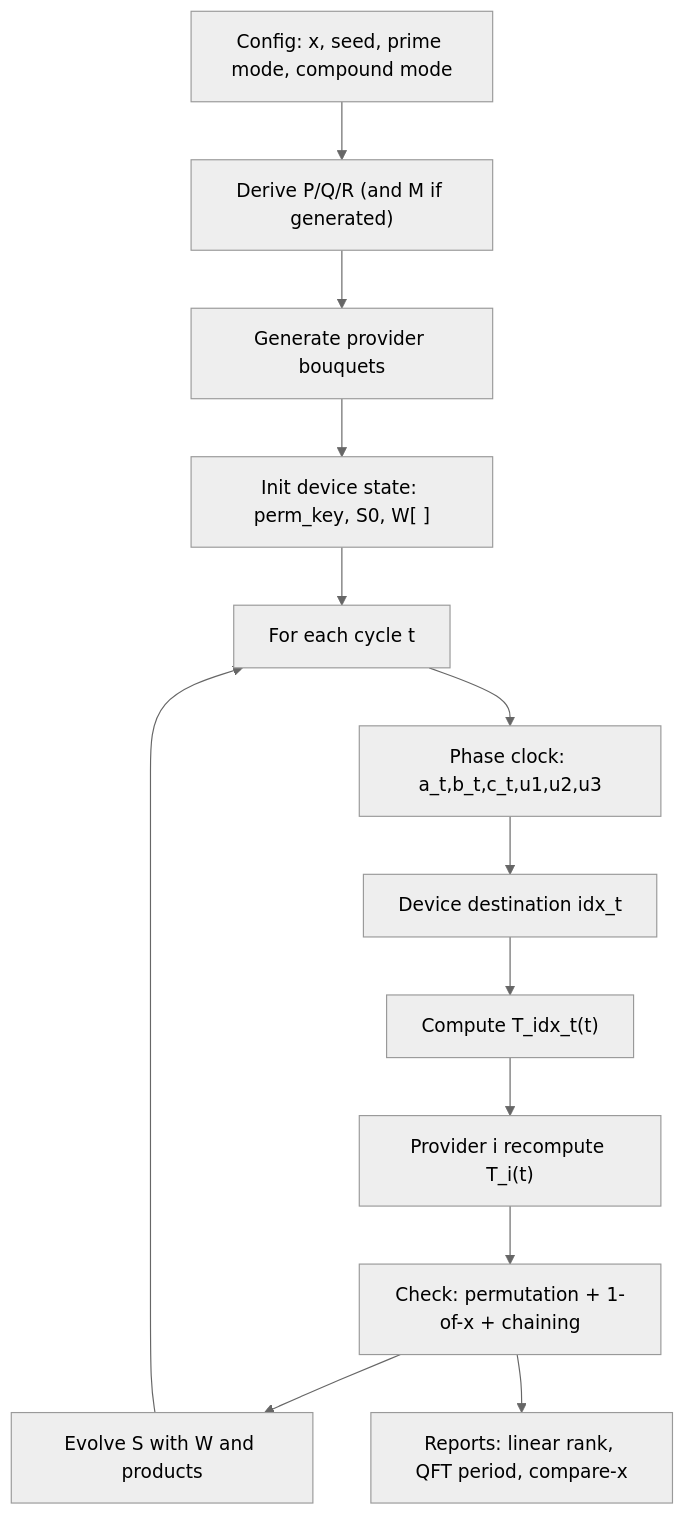
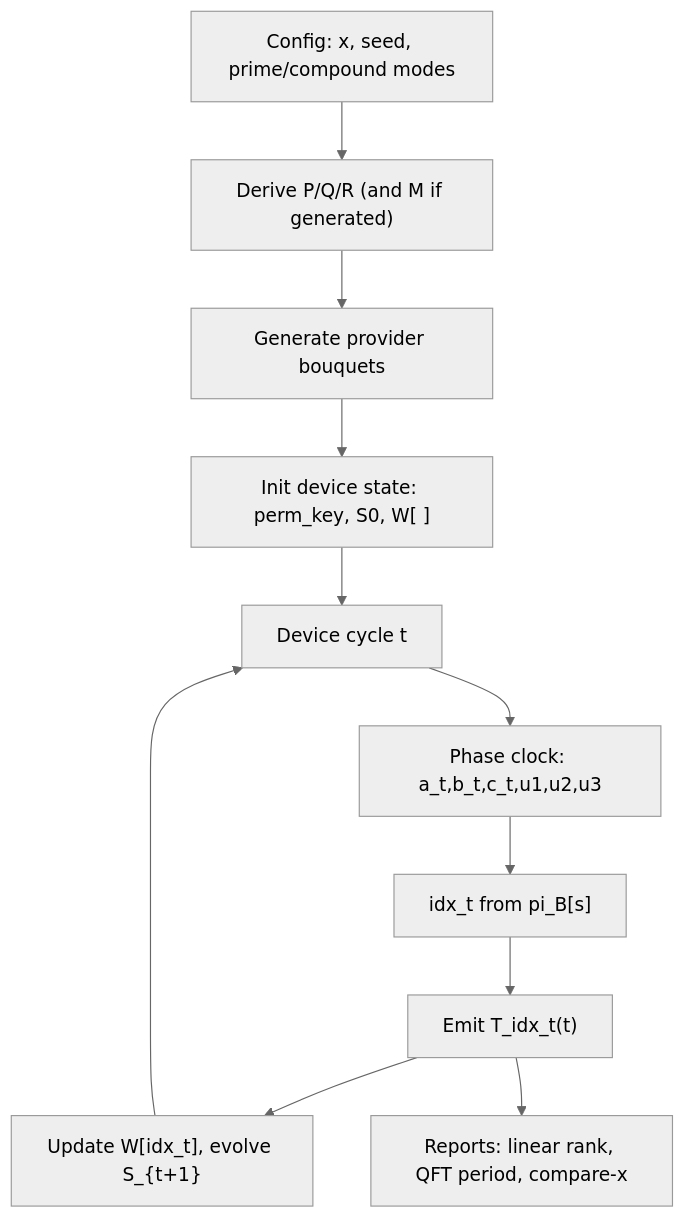
One commit to cekkr/phaselane-algorithm changed the sixth of 7 diagrams in papers/main-paper.md. Above: the diagram before and after it, drawn with Mermaid. The commit also changed other lines of this file, not shown here.

Commit message:
split algorithm flow
Split the results‑section flow into two separate mermaids so the device circuit and blind provider circuit are no longer in the same diagram. The “Cfg” flow now only shows the device side; the provider side is a distinct diagram right after it.

Updated location:

main-paper.md (section 8.4 mermaids)

````diff
--- a/papers/main-paper.md
+++ b/papers/main-paper.md
@@ -418,16 +418,14 @@
 ```mermaid
 %%{init: {"theme":"neutral","flowchart":{"curve":"basis"}} }%%
 flowchart TD
-  Cfg["Config: x, seed, prime mode, compound mode"] --> Primes["Derive P/Q/R (and M if generated)"]
+  Cfg["Config: x, seed, prime/compound modes"] --> Primes["Derive P/Q/R (and M if generated)"]
   Primes --> Bouquets["Generate provider bouquets"]
   Bouquets --> Init["Init device state: perm_key, S0, W[ ]"]
-  Init --> Loop["For each cycle t"]
+  Init --> Loop["Device cycle t"]
   Loop --> Phase["Phase clock: a_t,b_t,c_t,u1,u2,u3"]
-  Phase --> Dest["Device destination idx_t"]
-  Dest --> Tok["Compute T_idx_t(t)"]
-  Tok --> Prov["Provider i recompute T_i(t)"]
-  Prov --> Checks["Check: permutation + 1-of-x + chaining"]
-  Checks --> Evolve["Evolve S with W and products"]
+  Phase --> Dest["idx_t from pi_B[s]"]
+  Dest --> Tok["Emit T_idx_t(t)"]
+  Tok --> Evolve["Update W[idx_t], evolve S_{t+1}"]
   Evolve --> Loop
-  Checks --> Report["Reports: linear rank, QFT period, compare-x"]
+  Tok --> Report["Reports: linear rank, QFT period, compare-x"]
 ```
````
